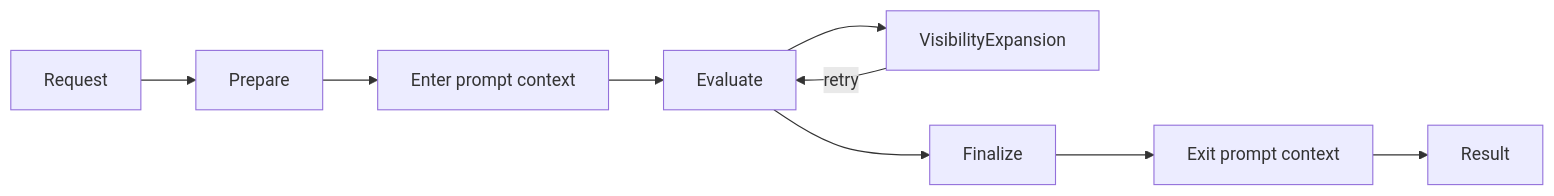
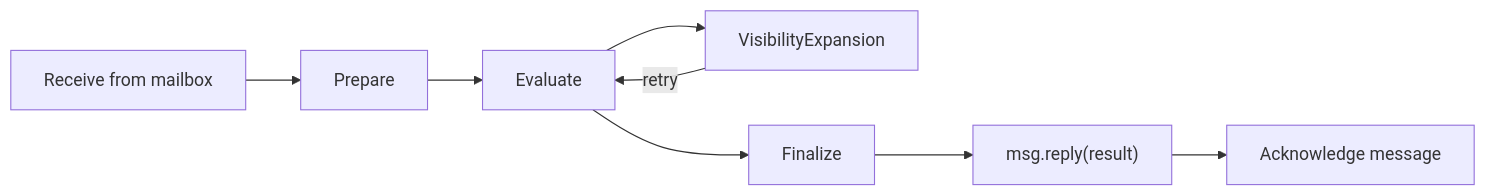
Before and after one commit to weakincentives/weakincentives: the diagram in specs/MAIN_LOOP.md, drawn with Mermaid. The commit also changed other lines of this file, not shown here.

First line of the commit message:
Update MAIN_LOOP.md spec to match mailbox-driven implementation

````diff
--- a/specs/MAIN_LOOP.md
+++ b/specs/MAIN_LOOP.md
@@ -81,9 +139,9 @@
 ```mermaid
 flowchart LR
-    Request --> Prepare --> EnterContext["Enter prompt context"]
-    EnterContext --> Evaluate
+    Receive["Receive from mailbox"] --> Prepare
+    Prepare --> Evaluate
     Evaluate --> Visibility["VisibilityExpansion"]
     Visibility -->|retry| Evaluate
-    Evaluate --> Finalize --> ExitContext["Exit prompt context"]
-    ExitContext --> Result
+    Evaluate --> Finalize --> Reply["msg.reply(result)"]
+    Reply --> Ack["Acknowledge message"]
 ```
````
